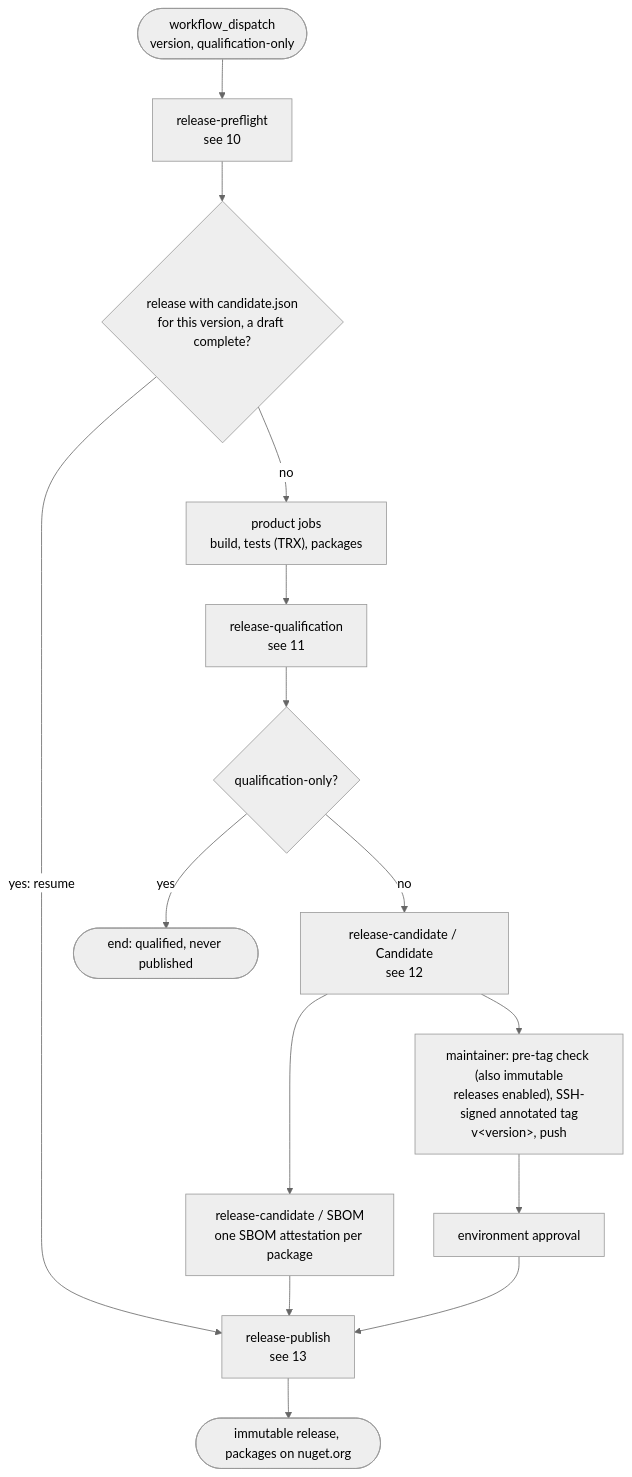
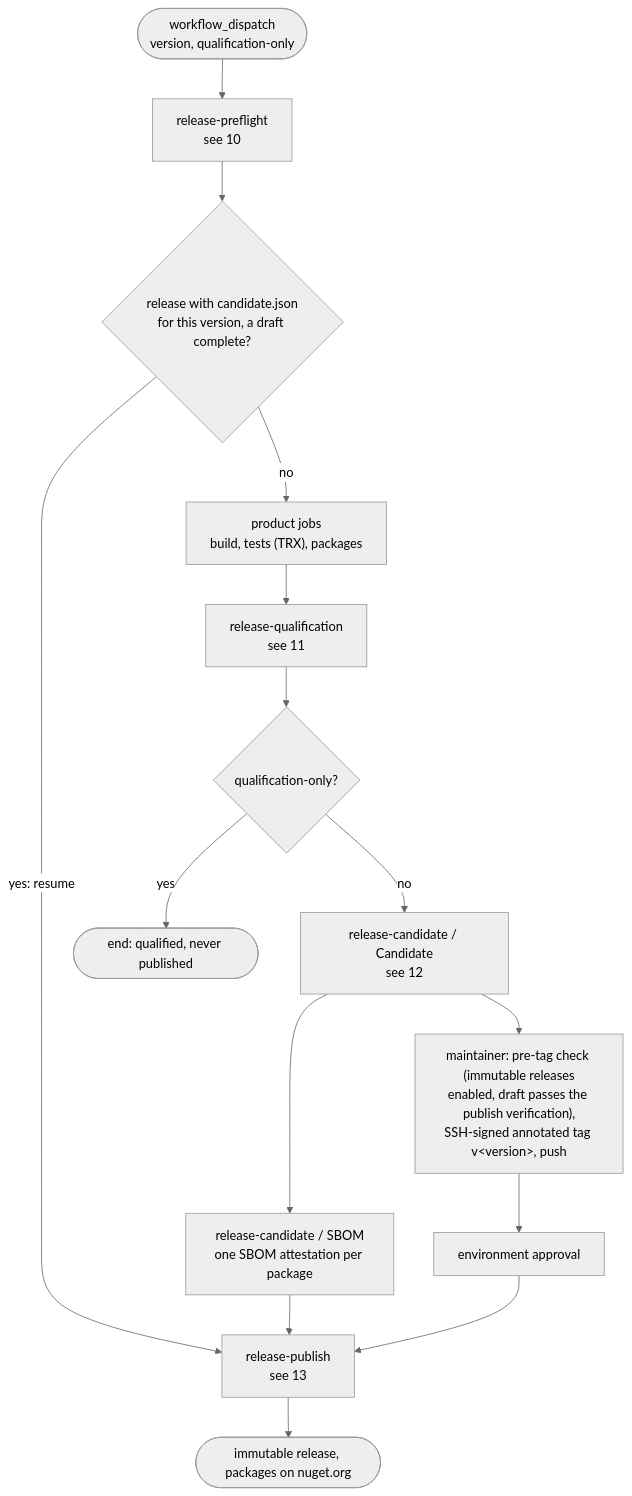
The ninth of 19 diagrams in docs/overview.md (doka-labs/workflows), drawn with Mermaid (neutral theme) before and after one commit. The commit also changed other lines of this file and 21 other files, not shown here.

````diff
--- a/docs/overview.md
+++ b/docs/overview.md
@@ -247,17 +247,17 @@
 ```mermaid
 flowchart TB
   start(["workflow_dispatch<br/>version, qualification-only"]) --> pre["release-preflight<br/>see 10"]
   pre --> resume{"release with candidate.json<br/>for this version, a draft complete?"}
   resume -- "yes: resume" --> publish
   resume -- no --> build["product jobs<br/>build, tests (TRX), packages"]
   build --> qual["release-qualification<br/>see 11"]
   qual --> only{"qualification-only?"}
   only -- yes --> done1(["end: qualified, never published"])
   only -- no --> cand["release-candidate / Candidate<br/>see 12"]
   cand --> sbom["release-candidate / SBOM<br/>one SBOM attestation per package"]
-  cand --> tag["maintainer: pre-tag check (also immutable<br/>releases enabled), SSH-signed annotated tag<br/>v&lt;version&gt;, push"]
+  cand --> tag["maintainer: pre-tag check (immutable releases<br/>enabled, draft passes the publish verification),<br/>SSH-signed annotated tag v&lt;version&gt;, push"]
   tag --> approve["environment approval"]
   sbom --> publish
   approve --> publish["release-publish<br/>see 13"]
   publish --> done2(["immutable release, packages on nuget.org"])
 ```
````
